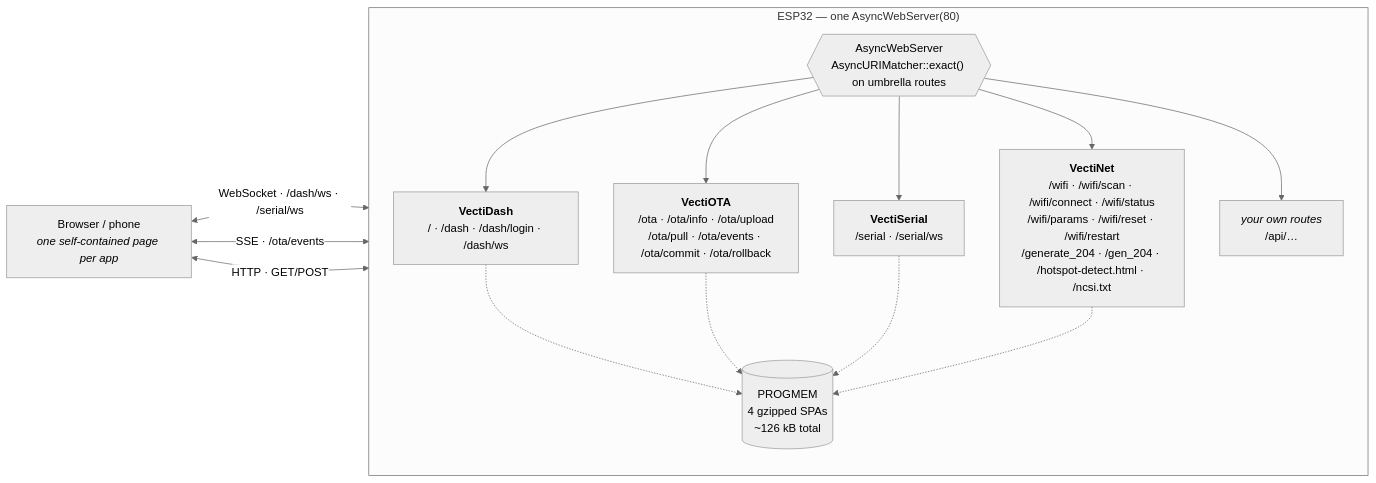
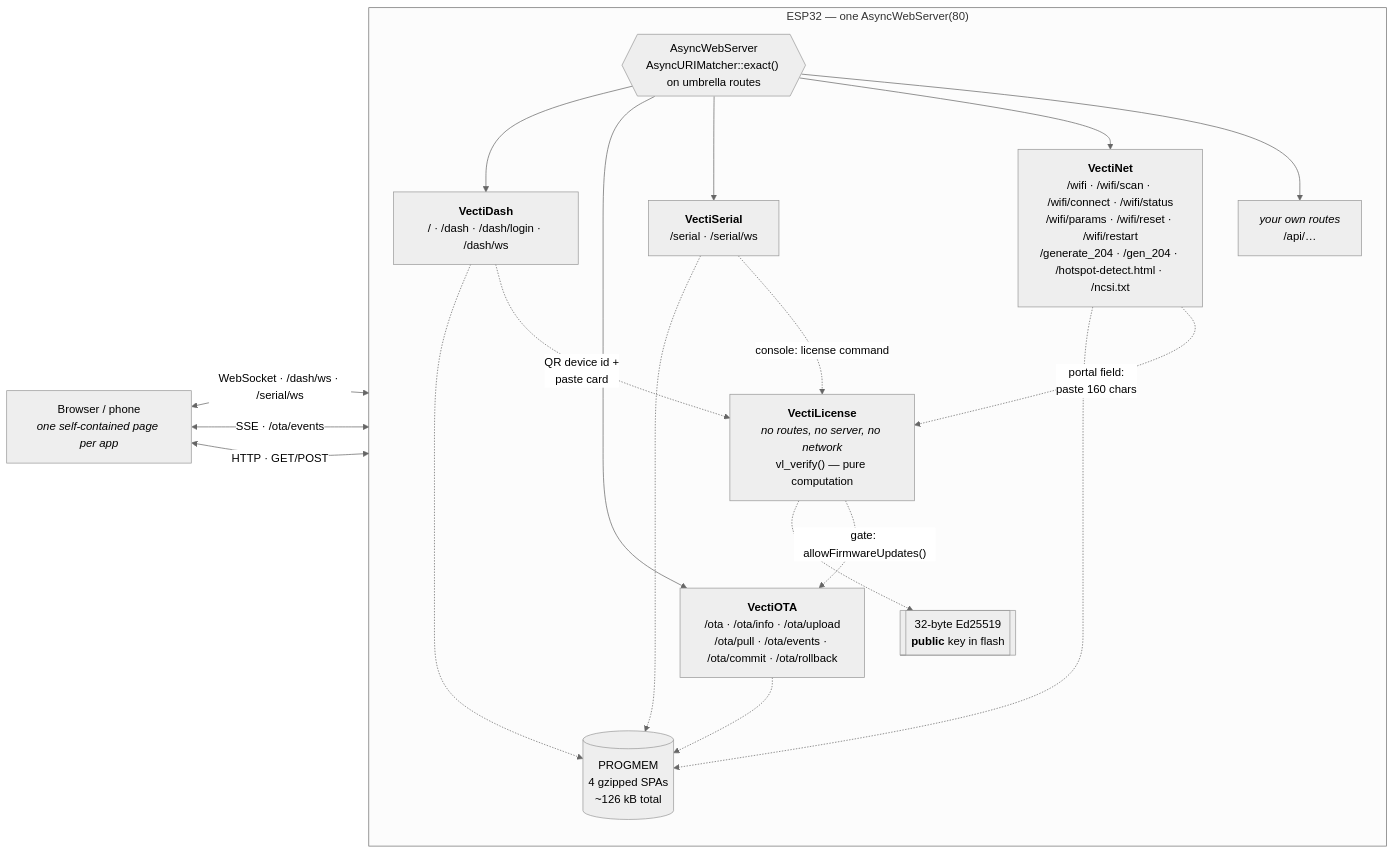
Before and after one commit to vectivolt/mcu_libraries: the first of 2 diagrams in README.md, drawn with Mermaid (neutral theme). The commit also changed other lines of this file and 10 other files, not shown here.

First line of the commit message:
Add VectiLicense as the fifth library

````diff
--- a/README.md
+++ b/README.md
@@ -222,24 +260,33 @@
 ```mermaid
 flowchart LR
   BR["Browser / phone<br/><i>one self-contained page per app</i>"]
 
   subgraph MCU["ESP32 — one AsyncWebServer(80)"]
     direction TB
     SRV{{"AsyncWebServer<br/>AsyncURIMatcher::exact() on umbrella routes"}}
 
     SRV --> DASH["<b>VectiDash</b><br/>/ · /dash · /dash/login · /dash/ws"]
     SRV --> OTA["<b>VectiOTA</b><br/>/ota · /ota/info · /ota/upload<br/>/ota/pull · /ota/events · /ota/commit · /ota/rollback"]
     SRV --> SER["<b>VectiSerial</b><br/>/serial · /serial/ws"]
     SRV --> NET["<b>VectiNet</b><br/>/wifi · /wifi/scan · /wifi/connect · /wifi/status<br/>/wifi/params · /wifi/reset · /wifi/restart<br/>/generate_204 · /gen_204 · /hotspot-detect.html · /ncsi.txt"]
     SRV --> APP["<i>your own routes</i><br/>/api/…"]
 
     DASH -.-> FLASH[("PROGMEM<br/>4 gzipped SPAs<br/>~126 kB total")]
     OTA -.-> FLASH
     SER -.-> FLASH
     NET -.-> FLASH
+
+    LIC["<b>VectiLicense</b><br/><i>no routes, no server, no network</i><br/>vl_verify() — pure computation"]
+    KEY[["32-byte Ed25519<br/><b>public</b> key in flash"]]
+    LIC -.-> KEY
+
+    NET -. "portal field:<br/>paste 160 chars" .-> LIC
+    DASH -. "QR device id +<br/>paste card" .-> LIC
+    SER -. "console: license command" .-> LIC
+    LIC -. "gate: allowFirmwareUpdates()" .-> OTA
   end
 
   BR <-->|"WebSocket · /dash/ws · /serial/ws"| SRV
   BR <-->|"SSE · /ota/events"| SRV
   BR <-->|"HTTP · GET/POST"| SRV
 ```
````
